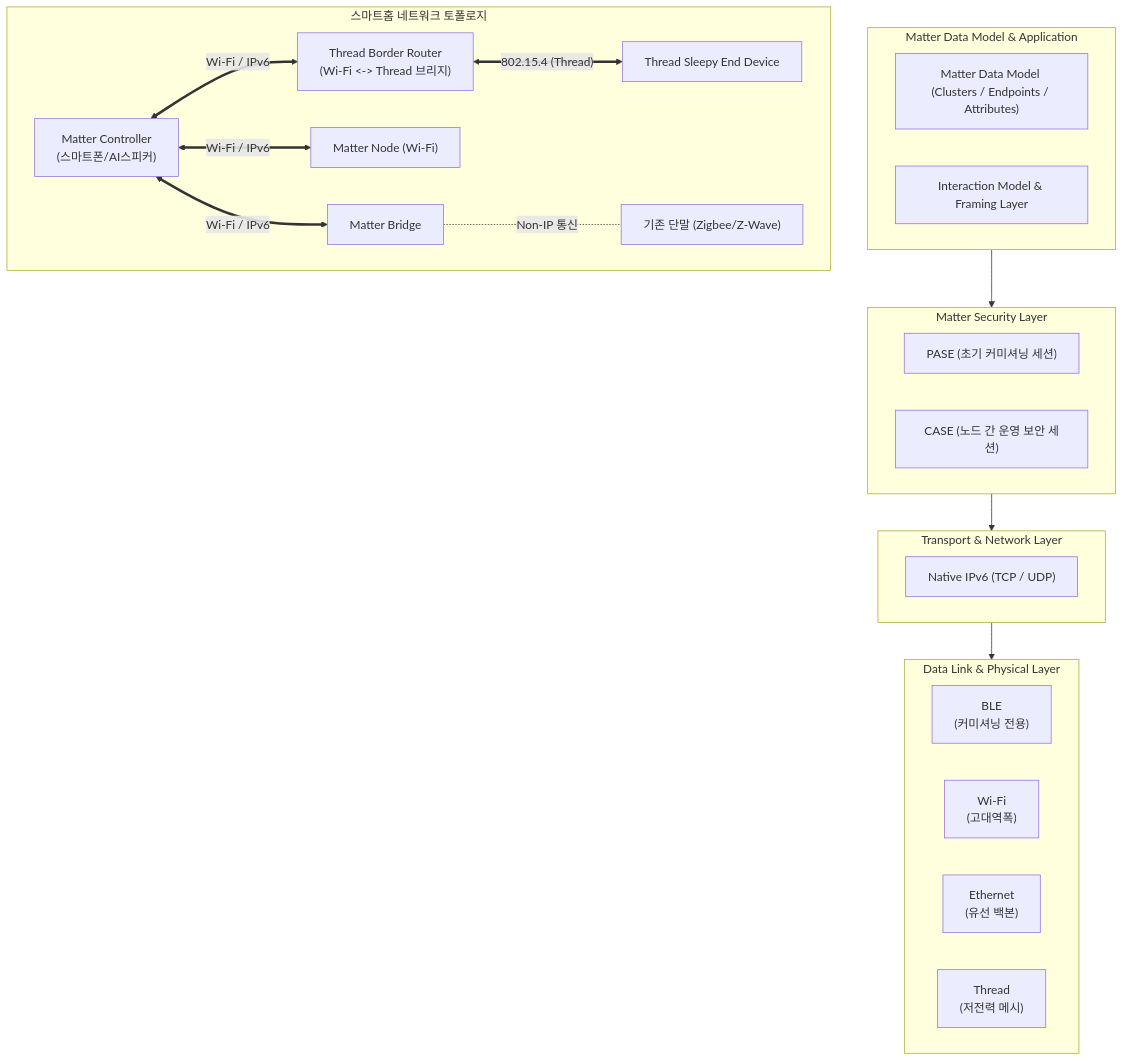
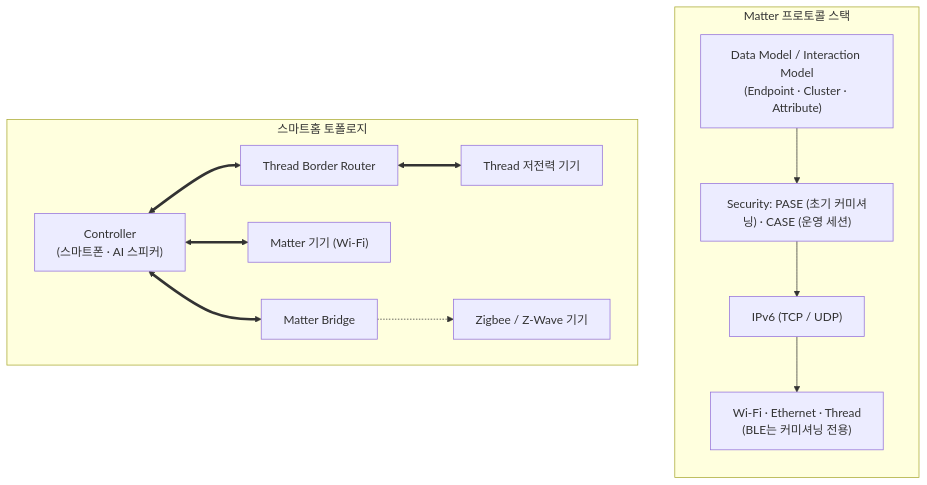
The diagram in content/01_IT Tech/매터.md (supremethumb/supremethumb.github.io), drawn with Mermaid before and after one commit. The commit also changed other lines of this file and 1087 other files, not shown here.

````diff
--- a/content/01_IT Tech/매터.md
+++ b/content/01_IT Tech/매터.md
@@ -30,45 +36,25 @@
 ```mermaid
 flowchart TB
-    subgraph APP["Matter Data Model & Application"]
-        DM["Matter Data Model (Clusters / Endpoints / Attributes)"]
-        IM["Interaction Model & Framing Layer"]
+    subgraph Stack["Matter 프로토콜 스택"]
+        direction TB
+        APP["Data Model / Interaction Model<br/>(Endpoint · Cluster · Attribute)"]
+        SEC["Security: PASE (초기 커미셔닝) · CASE (운영 세션)"]
+        NET["IPv6 (TCP / UDP)"]
+        PHY["Wi-Fi · Ethernet · Thread<br/>(BLE는 커미셔닝 전용)"]
+        APP --> SEC --> NET --> PHY
     end
-
-    subgraph SEC["Matter Security Layer"]
-        PASE["PASE (초기 커미셔닝 세션)"]
-        CASE["CASE (노드 간 운영 보안 세션)"]
+    subgraph Home["스마트홈 토폴로지"]
+        direction LR
+        CONT["Controller<br/>(스마트폰 · AI 스피커)"]
+        TBR["Thread Border Router"]
+        WDEV["Matter 기기 (Wi-Fi)"]
+        TDEV["Thread 저전력 기기"]
+        BRG["Matter Bridge"]
+        LEG["Zigbee / Z-Wave 기기"]
+        CONT <==> TBR
+        CONT <==> WDEV
+        CONT <==> BRG
+        TBR <==> TDEV
+        BRG -.-> LEG
     end
-
-    subgraph TRANS["Transport & Network Layer"]
-        IP["Native IPv6 (TCP / UDP)"]
-    end
-
-    subgraph PHY["Data Link & Physical Layer"]
-        direction LR
-        BLE["BLE<br/>(커미셔닝 전용)"]
-        WIFI["Wi-Fi<br/>(고대역폭)"]
-        ETH["Ethernet<br/>(유선 백본)"]
-        TH["Thread<br/>(저전력 메시)"]
-    end
-
-    APP --> SEC
-    SEC --> TRANS
-    TRANS --> PHY
-
-    subgraph TOPOLOGY["스마트홈 네트워크 토폴로지"]
-        direction LR
-        CONT["Matter Controller<br/>(스마트폰/AI스피커)"]
-        TBR["Thread Border Router<br/>(Wi-Fi <-> Thread 브리지)"]
-        M_DEV["Matter Node (Wi-Fi)"]
-        T_DEV["Thread Sleepy End Device"]
-        BRG["Matter Bridge"]
-        LEGACY["기존 단말 (Zigbee/Z-Wave)"]
-
-        CONT <== "Wi-Fi / IPv6" ==> TBR
-        CONT <== "Wi-Fi / IPv6" ==> M_DEV
-        CONT <== "Wi-Fi / IPv6" ==> BRG
-        TBR <== "802.15.4 (Thread)" ==> T_DEV
-        BRG -. "Non-IP 통신" .- LEGACY
-    end
-
 ```
````
